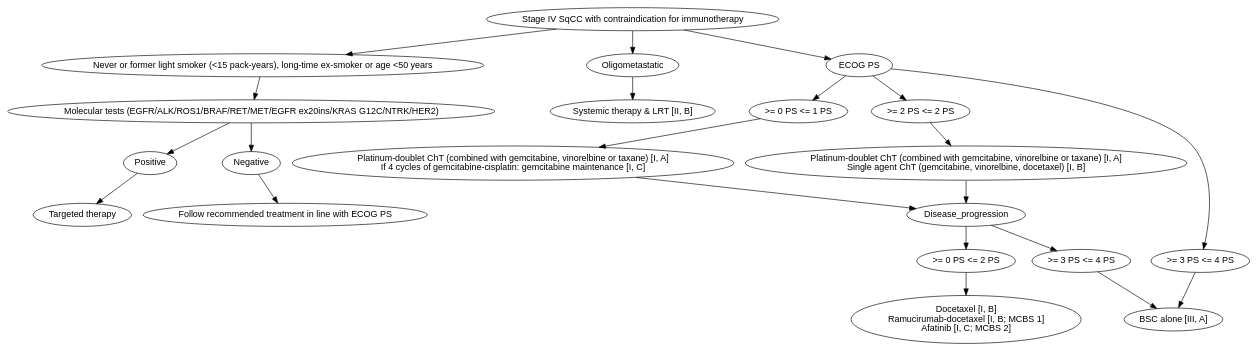
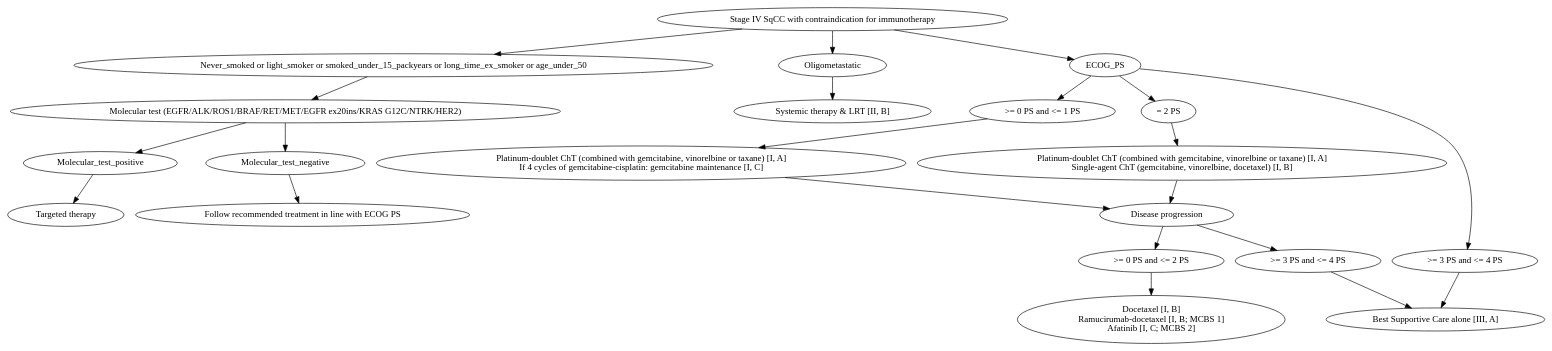
One commit to djhshih/dgraph-esmo changed the diagram in nomnsclc/dot/sqcc_no_ici.dot. Above: the diagram before and after it, drawn with Graphviz. The commit also changed 4 other files, not shown here.

Commit message:
Refactor treatment graphs and update Makefile; add new curated dg and dot file for SqCC

```diff
--- a/nomnsclc/dot/sqcc_no_ici.dot
+++ b/nomnsclc/dot/sqcc_no_ici.dot
@@ -1,46 +1,44 @@
 digraph G {
-    node [fontname="Arial"];
-
     a [label="Stage IV SqCC with contraindication for immunotherapy"];
-    b [label="Never or former light smoker (<15 pack-years), long-time ex-smoker or age <50 years"];
+    b [label="Never_smoked or light_smoker or smoked_under_15_packyears or long_time_ex_smoker or age_under_50"];
     c [label="Oligometastatic"];
-    d [label="ECOG PS"];
-    e [label="Molecular tests (EGFR/ALK/ROS1/BRAF/RET/MET/EGFR ex20ins/KRAS G12C/NTRK/HER2)"];
-    f [label="Positive"];
-    g [label="Negative"];
+    d [label="ECOG_PS"];
+    e [label="Molecular test (EGFR/ALK/ROS1/BRAF/RET/MET/EGFR ex20ins/KRAS G12C/NTRK/HER2)"];
+    f [label="Molecular_test_positive"];
+    g [label="Molecular_test_negative"];
     h [label="Targeted therapy"];
     i [label="Follow recommended treatment in line with ECOG PS"];
     j [label="Systemic therapy & LRT [II, B]"];
-    k [label=">= 0 PS <= 1 PS"];
-    l [label=">= 2 PS <= 2 PS"];
-    m [label=">= 3 PS <= 4 PS"];
+    k [label=">= 0 PS and <= 1 PS"];
+    l [label="= 2 PS"];
+    m [label=">= 3 PS and <= 4 PS"];
     n [label="Platinum-doublet ChT (combined with gemcitabine, vinorelbine or taxane) [I, A]\nIf 4 cycles of gemcitabine-cisplatin: gemcitabine maintenance [I, C]"];
-    o [label="Platinum-doublet ChT (combined with gemcitabine, vinorelbine or taxane) [I, A]\nSingle agent ChT (gemcitabine, vinorelbine, docetaxel) [I, B]"];
-    p [label="Disease_progression"];
-    q [label=">= 0 PS <= 2 PS"];
-    r [label=">= 3 PS <= 4 PS"];
+    o [label="Platinum-doublet ChT (combined with gemcitabine, vinorelbine or taxane) [I, A]\nSingle-agent ChT (gemcitabine, vinorelbine, docetaxel) [I, B]"];
+    p [label="Disease progression"];
+    q [label=">= 0 PS and <= 2 PS"];
+    r [label=">= 3 PS and <= 4 PS"];
     s [label="Docetaxel [I, B]\nRamucirumab-docetaxel [I, B; MCBS 1]\nAfatinib [I, C; MCBS 2]"];
-    t [label="BSC alone [III, A]"];
+    t [label="Best Supportive Care alone [III, A]"];
 
     a -> b;
     a -> c;
     a -> d;
     b -> e;
     e -> f;
     e -> g;
     f -> h;
     g -> i;
     c -> j;
     d -> k;
     d -> l;
     d -> m;
     k -> n;
     l -> o;
     n -> p;
     o -> p;
     p -> q;
     p -> r;
     q -> s;
     r -> t;
     m -> t;
 }
```
